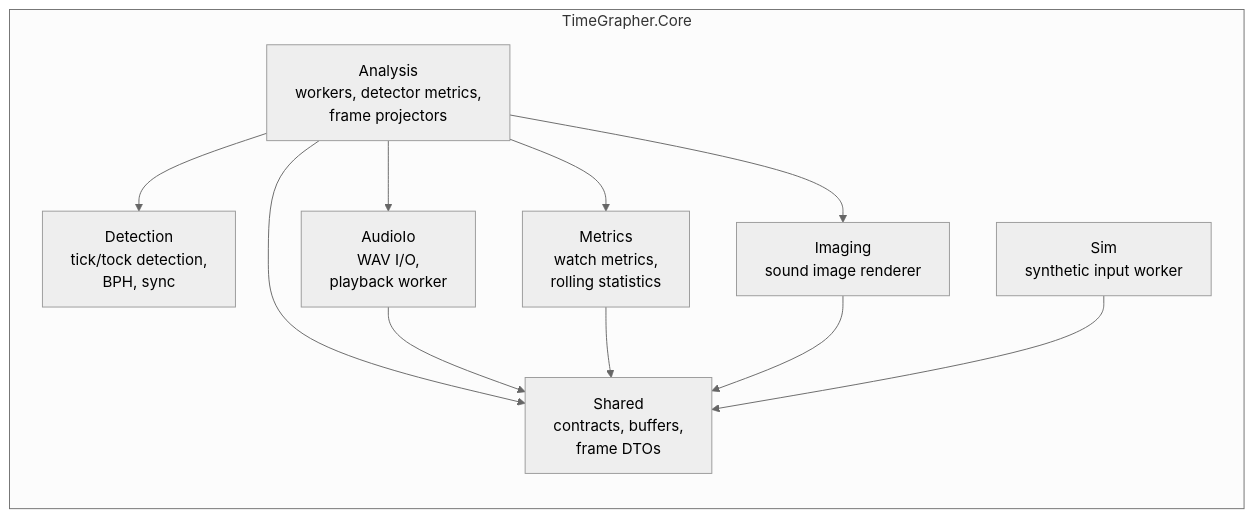
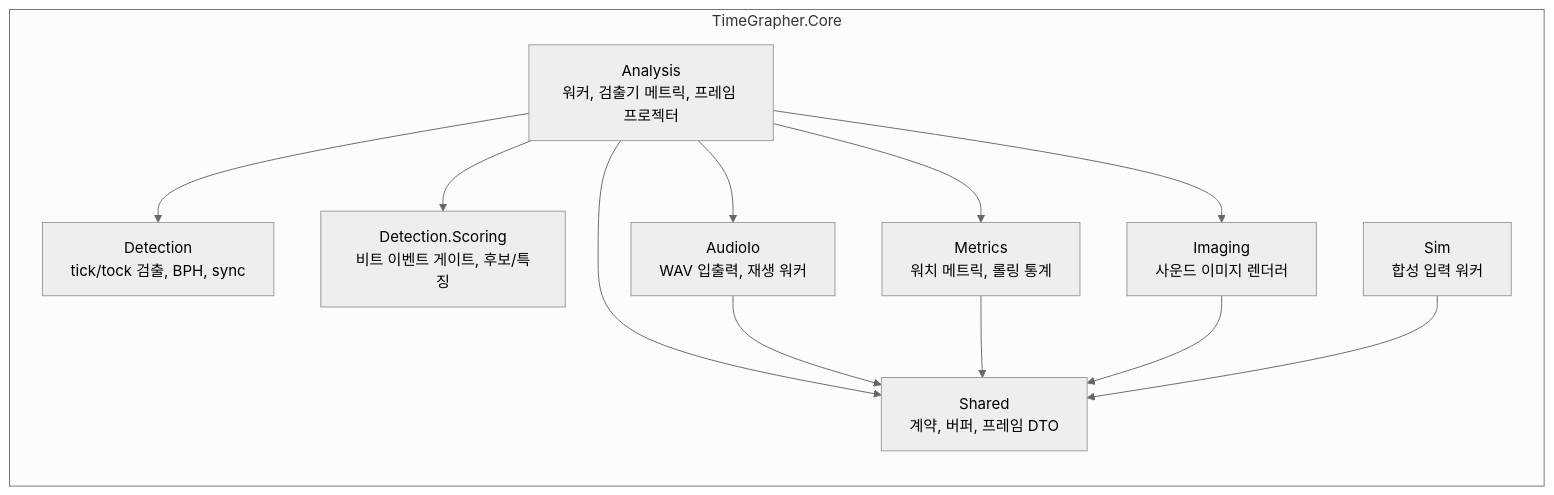
Before and after one commit to Jae-hong-5/TimeGrapher-Net: the third of 3 diagrams in docs/architecture/MODULE_USES_VIEW.md, drawn with Mermaid (neutral theme). The commit also changed other lines of this file and 4 other files, not shown here.

First line of the commit message:
docs(architecture): sync view diagrams to code and rewrite in Korean

````diff
--- a/docs/architecture/MODULE_USES_VIEW.md
+++ b/docs/architecture/MODULE_USES_VIEW.md
@@ -129,23 +184,25 @@
 ```mermaid
 flowchart TB
     subgraph Core["TimeGrapher.Core"]
         direction TB
-        Analysis["Analysis<br/>workers, detector metrics,<br/>frame projectors"]
-        Detection["Detection<br/>tick/tock detection,<br/>BPH, sync"]
-        Metrics["Metrics<br/>watch metrics,<br/>rolling statistics"]
-        Imaging["Imaging<br/>sound image renderer"]
-        AudioIo["AudioIo<br/>WAV I/O,<br/>playback worker"]
-        Sim["Sim<br/>synthetic input worker"]
-        Shared["Shared<br/>contracts, buffers,<br/>frame DTOs"]
+        Analysis["Analysis<br/>워커, 검출기 메트릭, 프레임 프로젝터"]
+        Detection["Detection<br/>tick/tock 검출, BPH, sync"]
+        Scoring["Detection.Scoring<br/>비트 이벤트 게이트, 후보/특징"]
+        Metrics["Metrics<br/>워치 메트릭, 롤링 통계"]
+        Imaging["Imaging<br/>사운드 이미지 렌더러"]
+        AudioIo["AudioIo<br/>WAV 입출력, 재생 워커"]
+        Sim["Sim<br/>합성 입력 워커"]
+        Shared["Shared<br/>계약, 버퍼, 프레임 DTO"]
     end
 
     Analysis --> Detection
+    Analysis --> Scoring
     Analysis --> Metrics
     Analysis --> Imaging
     Analysis --> AudioIo
     Analysis --> Shared
     AudioIo --> Shared
     Metrics --> Shared
     Imaging --> Shared
     Sim --> Shared
 ```
````
